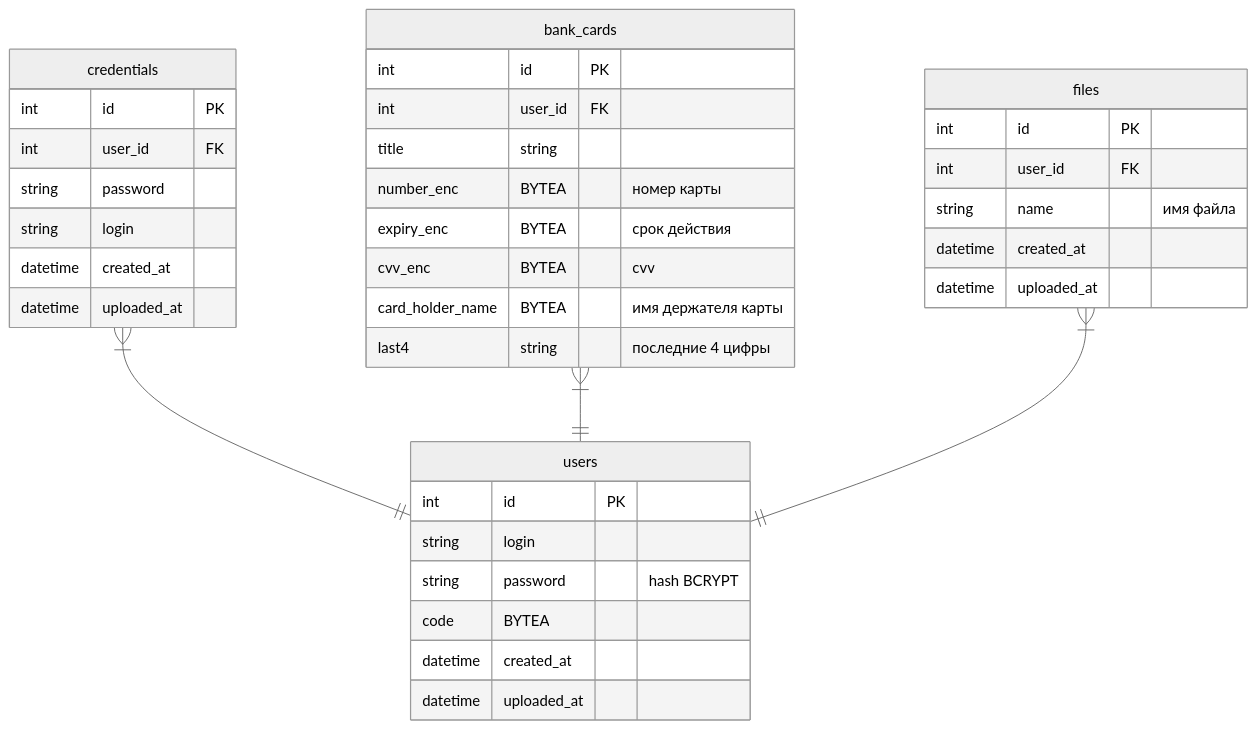
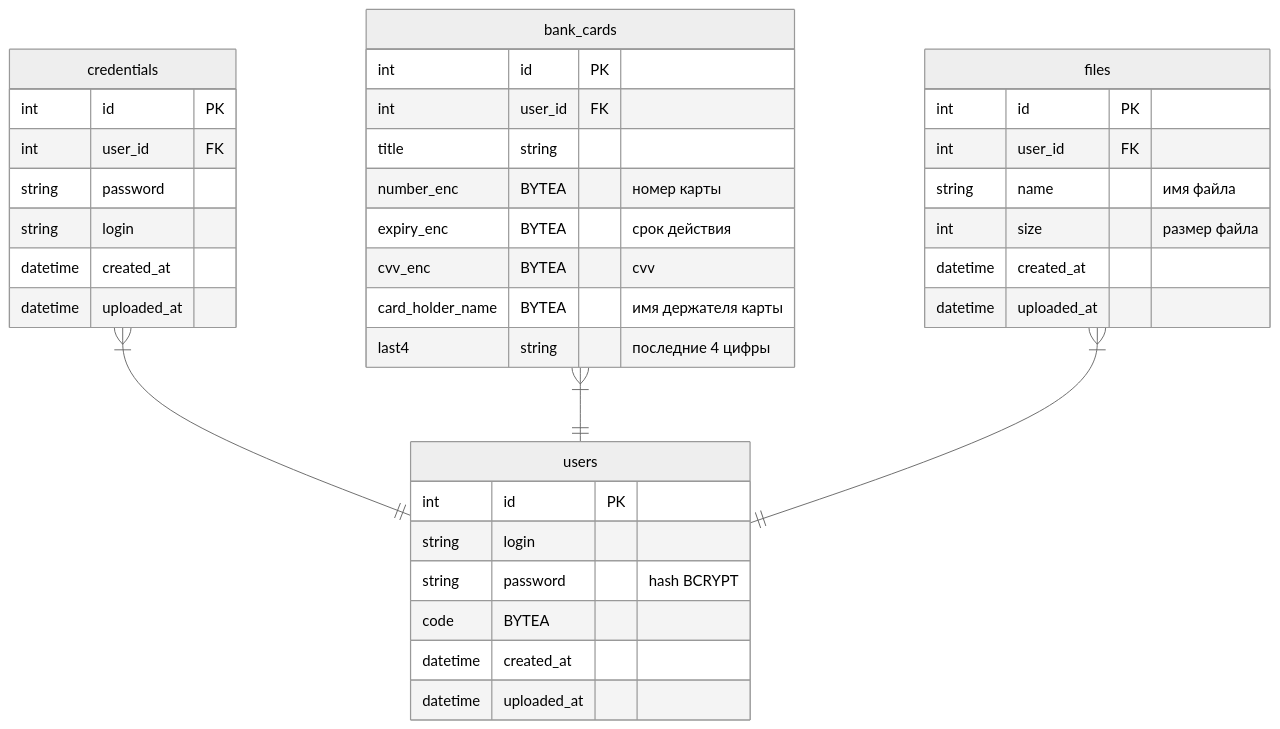
Before and after one commit to xboxser/GophKeeper: the diagram in doc/dm.md, drawn with Mermaid. The commit also changed 11 other files, not shown here.

````diff
--- a/doc/dm.md
+++ b/doc/dm.md
@@ -3,45 +3,46 @@
 ```mermaid
 ---
 config:
   theme: neutral
 ---
 erDiagram
 	direction TB
 	credentials {
 		int id PK ""  
         int user_id FK ""  
 		string password  ""  
         string login  ""  
 		datetime created_at  ""  
 		datetime uploaded_at  ""  
 	}
 	users {
 		int id PK ""  
 		string login  ""  
 		string password  "hash BCRYPT"  
         code BYTEA  ""  
 		datetime created_at  ""  
 		datetime uploaded_at  ""  
 	}
     bank_cards {
         int id PK ""  
         int user_id FK ""  
         title string  ""
         number_enc BYTEA  "номер карты"  
         expiry_enc BYTEA  "срок действия"
         cvv_enc BYTEA  "cvv"
         card_holder_name BYTEA  "имя держателя карты"
         last4 string  "последние 4 цифры"
     }
     files {
         int id PK ""
         int user_id FK ""
         string name "имя файла"
+        int size "размер файла"
         datetime created_at  ""  
 		datetime uploaded_at  ""  
     }
 	credentials}|--||users:"  "
     bank_cards}|--||users:"  "
     files}|--||users:"  "
 
 ```
````
